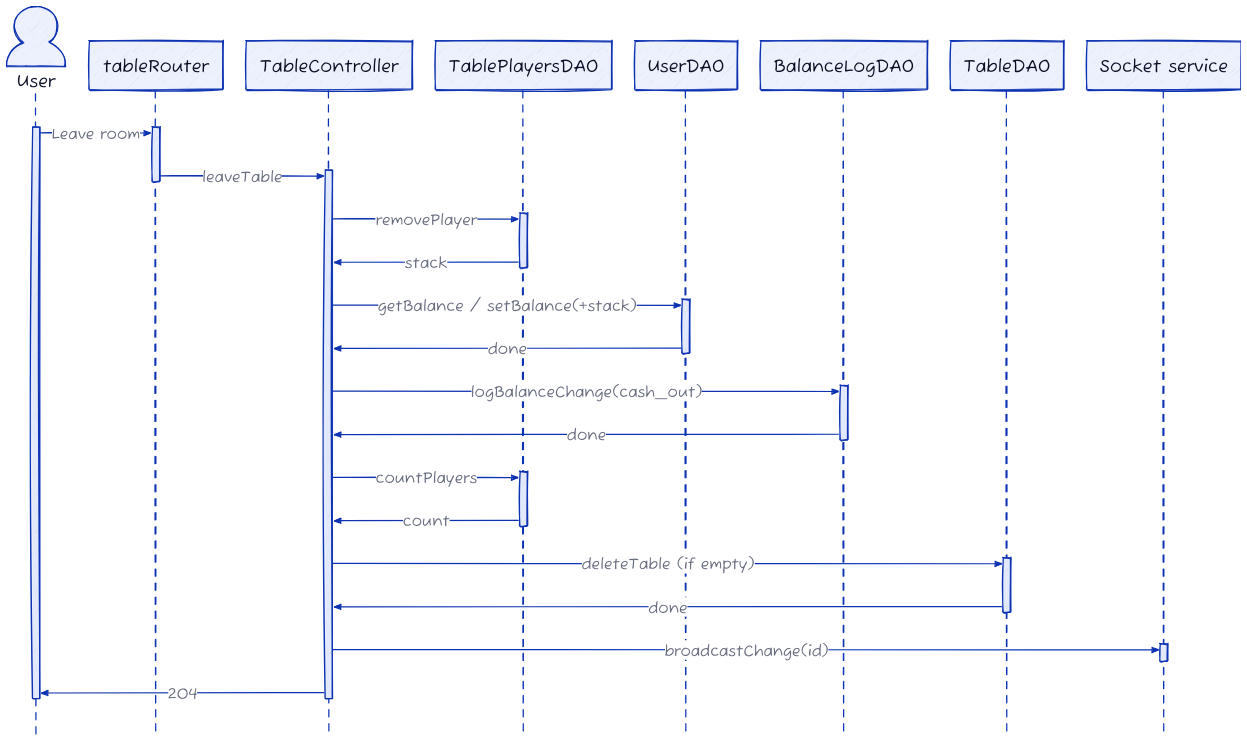
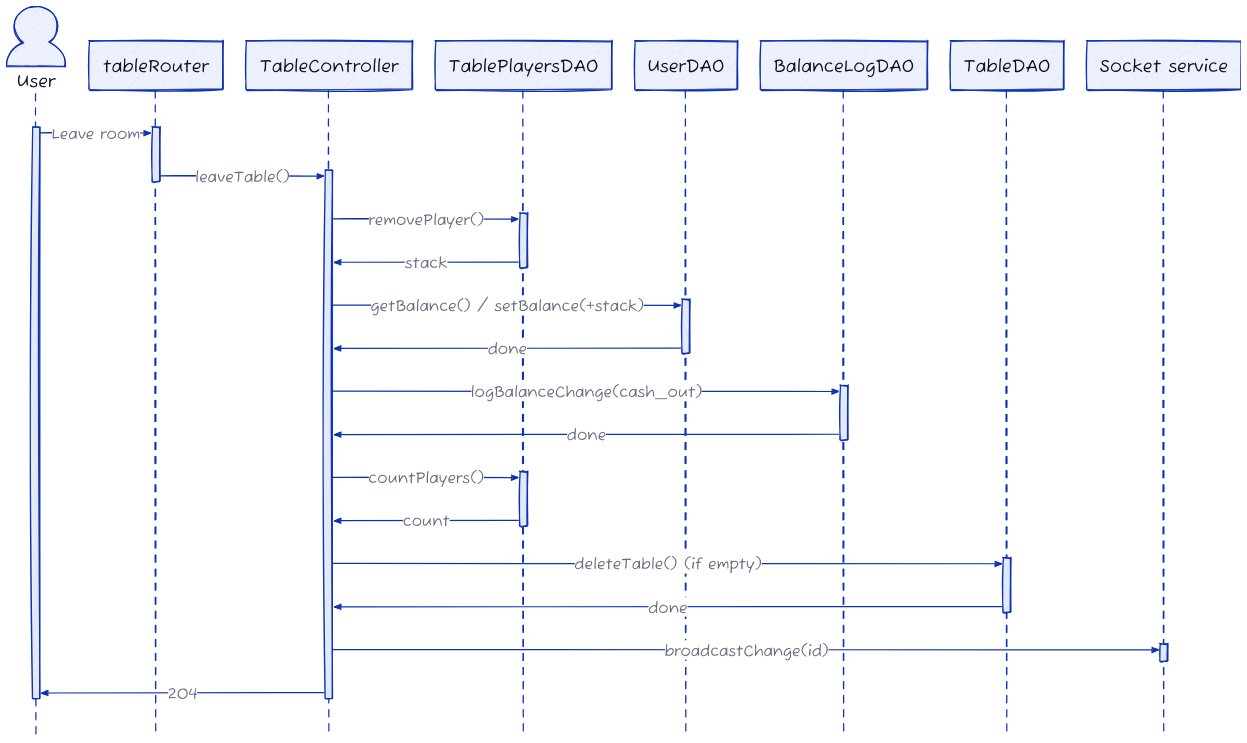
Before and after one commit to CS482Team/Docs: the diagram in diagrams/room/leave.d2, drawn with D2. The commit also changed 7 other files, not shown here.

Commit message:
update room diagrams

```diff
--- a/diagrams/room/leave.d2
+++ b/diagrams/room/leave.d2
@@ -1,34 +1,34 @@
 vars: {
   d2-config: {
     sketch: true
   }
 }
 shape: sequence_diagram
 
 Host: User
 Router: tableRouter
 Ctrl: TableController
 PDAO: TablePlayersDAO
 UDAO: UserDAO
 LDAO: BalanceLogDAO
 TDAO: TableDAO
 IO: Socket service
 
 Host.a -> Router.a: Leave room
-Router.a -> Ctrl.a: leaveTable
-Ctrl.a -> PDAO.a: removePlayer
+Router.a -> Ctrl.a: leaveTable()
+Ctrl.a -> PDAO.a: removePlayer()
 PDAO.a -> Ctrl.a: stack
-Ctrl.a -> UDAO.a: getBalance / setBalance(+stack)
+Ctrl.a -> UDAO.a: getBalance() / setBalance(+stack)
 UDAO.a -> Ctrl.a: done
 Ctrl.a -> LDAO.a: logBalanceChange(cash_out)
 LDAO.a -> Ctrl.a: done
-Ctrl.a -> PDAO.b: countPlayers
+Ctrl.a -> PDAO.b: countPlayers()
 PDAO.b -> Ctrl.a: count
-Ctrl.a -> TDAO.a: deleteTable (if empty)
+Ctrl.a -> TDAO.a: deleteTable() (if empty)
 TDAO.a -> Ctrl.a: done
 Ctrl.a -> IO.a: broadcastChange(id)
 Ctrl.a -> Host.a: 204
 
 *.style.font-size: 30
 (** -> **)[*].style.font-size: 26
 Host.shape: person
```
